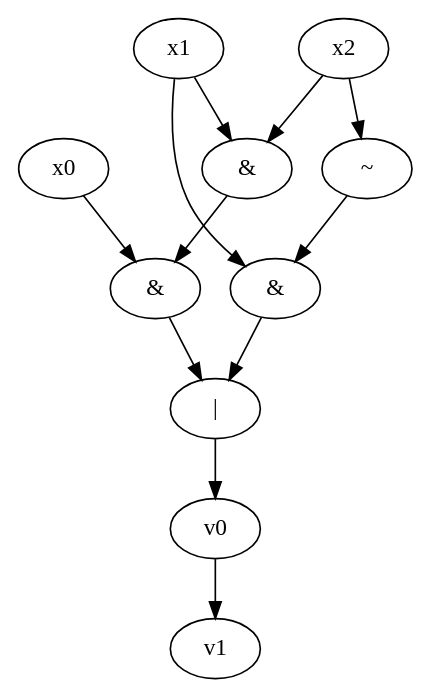
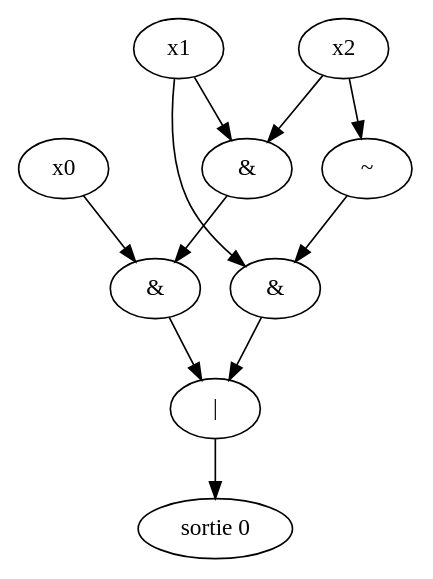
Before and after one commit to yadej/graph_project: the diagram in tmp2.dot, drawn with Graphviz. The commit also changed 3 other files, not shown here.

```diff
--- a/tmp2.dot
+++ b/tmp2.dot
@@ -1,19 +1,19 @@
 digraph G { 
-v2 [label="|"]; 
-v3 [label="&"]; 
-v4 [label="x0"]; 
-v5 [label="&"]; 
-v6 [label="x1"]; 
-v7 [label="x2"]; 
-v8 [label="&"]; 
-v10 [label="~"]; 
-v0 -> v1;
-v2 -> v0;
+v0 [label="sortie 0"]; 
+v1 [label="|"]; 
+v2 [label="&"]; 
+v3 [label="x0"]; 
+v4 [label="&"]; 
+v5 [label="x1"]; 
+v6 [label="x2"]; 
+v7 [label="&"]; 
+v9 [label="~"]; 
+v1 -> v0;
+v2 -> v1;
 v3 -> v2;
-v4 -> v3;
-v5 -> v3;
-v6 -> v5;
-v6 -> v8 -> v2;
-v7 -> v5;
-v7 -> v10 -> v8;
+v4 -> v2;
+v5 -> v4;
+v5 -> v7 -> v1;
+v6 -> v4;
+v6 -> v9 -> v7;
 }
```
